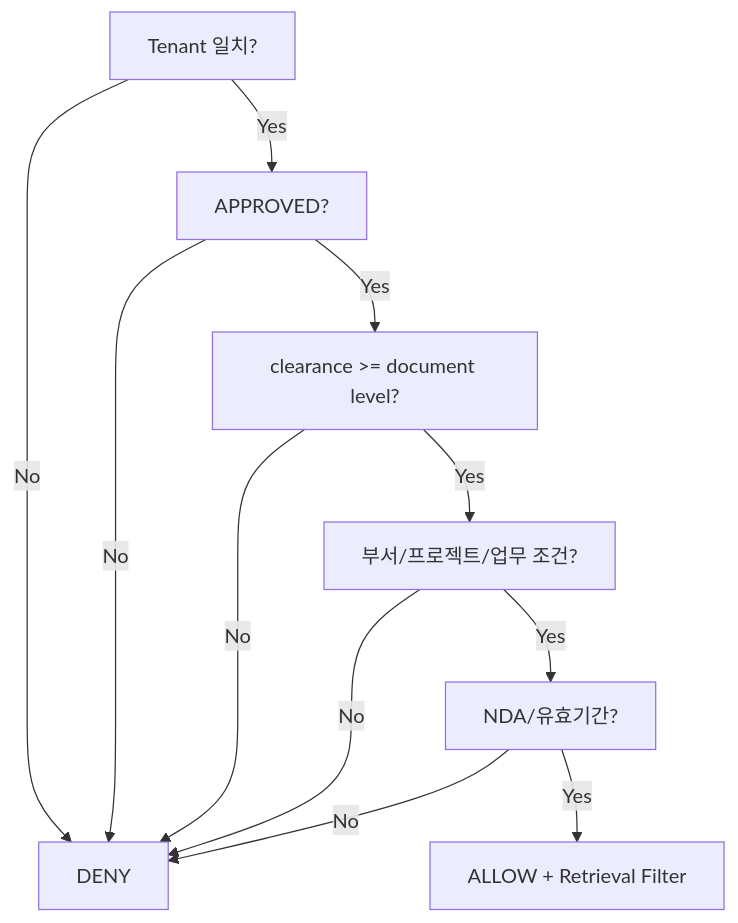
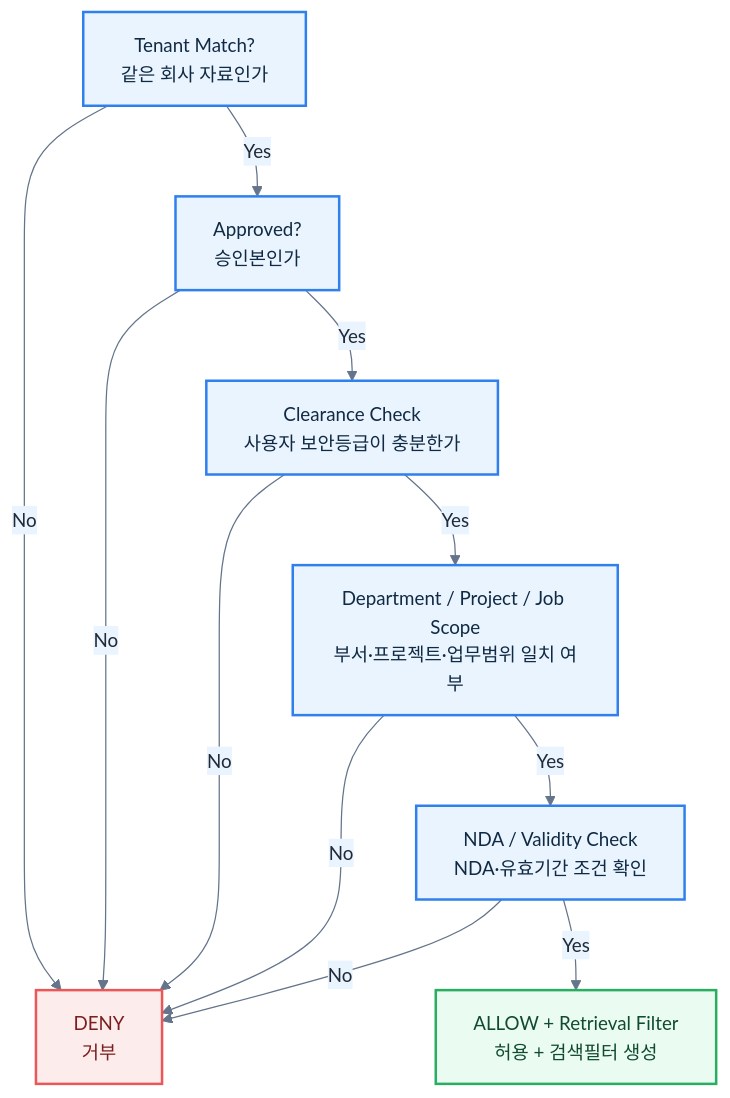
Before and after one commit to hori5000/Rulmera-OPA: the diagram in rulmera-enterprise-knowledge/20-설계/03-OPA-권한모델.md, drawn with Mermaid. The commit also changed other lines of this file and 63 other files, not shown here.

````diff
--- a/rulmera-enterprise-knowledge/20-설계/03-OPA-권한모델.md
+++ b/rulmera-enterprise-knowledge/20-설계/03-OPA-권한모델.md
@@ -40,13 +55,21 @@
 ```mermaid
+%%{init: {"theme":"base","themeVariables":{"primaryColor":"#F8FAFC","primaryTextColor":"#1F2937","primaryBorderColor":"#64748B","lineColor":"#64748B","secondaryColor":"#EAF4FF","tertiaryColor":"#EAFBF2","clusterBkg":"#F8FAFC","clusterBorder":"#CBD5E1","fontSize":"15px"}} }%%
 flowchart TD
-  A[Tenant 일치?] -->|No| DENY[DENY]
-  A -->|Yes| B[APPROVED?]
+  A[Tenant Match?<br/>같은 회사 자료인가] -->|No| DENY[DENY<br/>거부]
+  A -->|Yes| B[Approved?<br/>승인본인가]
   B -->|No| DENY
-  B -->|Yes| C[clearance >= document level?]
+  B -->|Yes| C[Clearance Check<br/>사용자 보안등급이 충분한가]
   C -->|No| DENY
-  C -->|Yes| D[부서/프로젝트/업무 조건?]
+  C -->|Yes| D[Department / Project / Job Scope<br/>부서·프로젝트·업무범위 일치 여부]
   D -->|No| DENY
-  D -->|Yes| E[NDA/유효기간?]
+  D -->|Yes| E[NDA / Validity Check<br/>NDA·유효기간 조건 확인]
   E -->|No| DENY
-  E -->|Yes| ALLOW[ALLOW + Retrieval Filter]
+  E -->|Yes| ALLOW[ALLOW + Retrieval Filter<br/>허용 + 검색필터 생성]
+
+  classDef ok fill:#EAFBF2,stroke:#27AE60,stroke-width:2px,color:#114B2E;
+  classDef check fill:#EAF4FF,stroke:#2F80ED,stroke-width:2px,color:#102A43;
+  classDef no fill:#FDECEC,stroke:#EB5757,stroke-width:2px,color:#7A1F1F;
+  class A,B,C,D,E check;
+  class ALLOW ok;
+  class DENY no;
 ```
````
